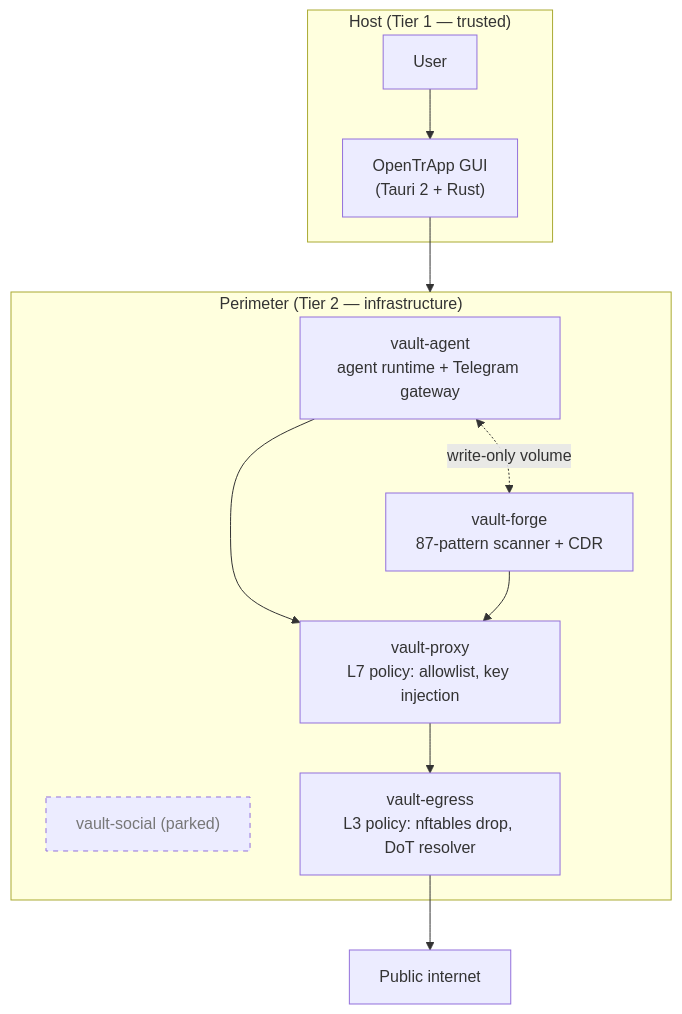
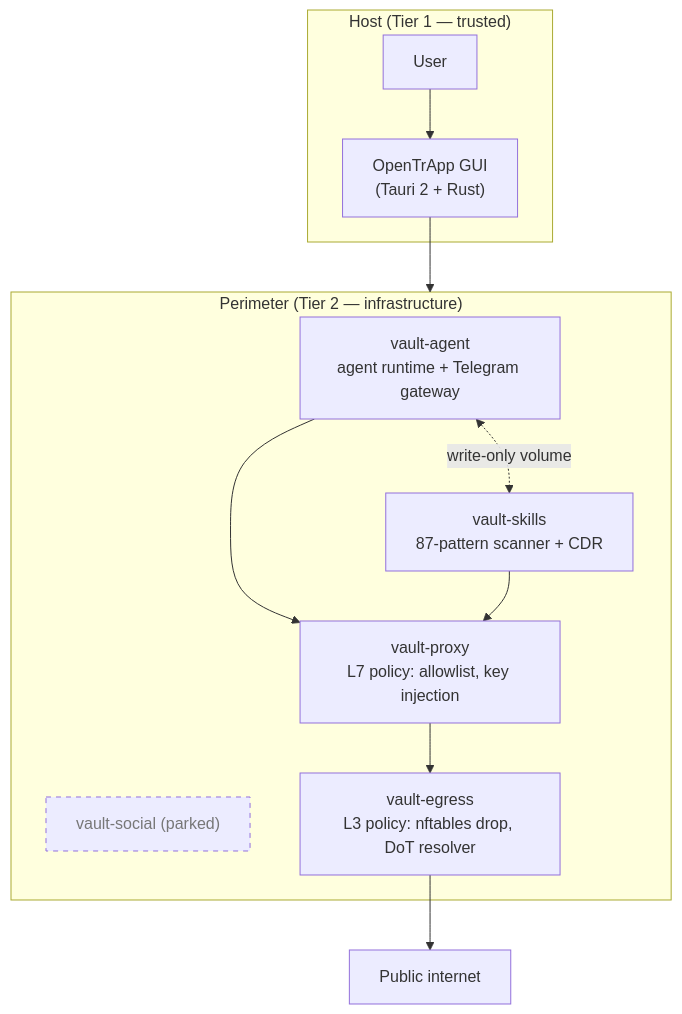
The diagram in docs/trifecta.md (albertdobmeyer/opentrapp), drawn with Mermaid before and after one commit. The commit also changed other lines of this file and 227 other files, not shown here.

First line of the commit message:
refactor(m0): rename forge → skills (v0.6 naming gate)

````diff
--- a/docs/trifecta.md
+++ b/docs/trifecta.md
@@ -57,26 +57,26 @@
 ```mermaid
 flowchart TB
     subgraph HOST["Host (Tier 1 — trusted)"]
         USER[User]
         GUI["OpenTrApp GUI<br/>(Tauri 2 + Rust)"]
     end
 
     subgraph PERIMETER["Perimeter (Tier 2 — infrastructure)"]
         AGENT["vault-agent<br/>agent runtime + Telegram gateway"]
-        FORGE["vault-forge<br/>87-pattern scanner + CDR"]
+        FORGE["vault-skills<br/>87-pattern scanner + CDR"]
         PIONEER["vault-social (parked)"]
         PROXY["vault-proxy<br/>L7 policy: allowlist, key injection"]
         EGRESS["vault-egress<br/>L3 policy: nftables drop, DoT resolver"]
     end
 
     USER --> GUI
     GUI --> PERIMETER
     AGENT --> PROXY
     FORGE --> PROXY
     AGENT <-.->|"write-only volume"| FORGE
     PROXY --> EGRESS
     EGRESS --> EXT[Public internet]
 
     classDef parked stroke-dasharray: 5 5,color:#777
     class PIONEER parked
 ```
````
